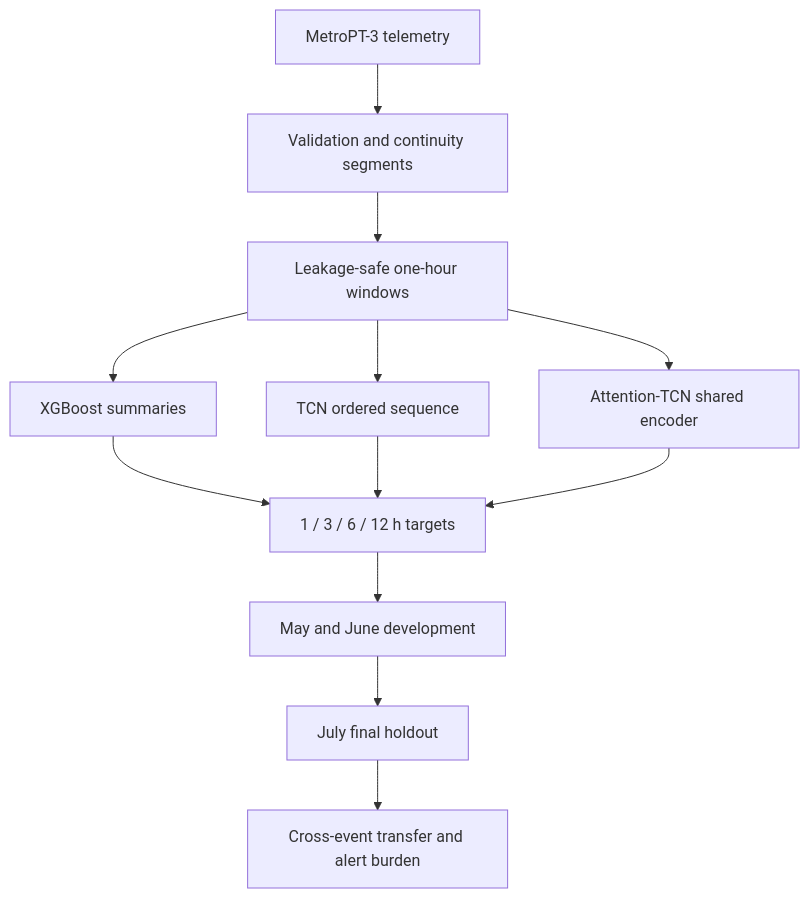
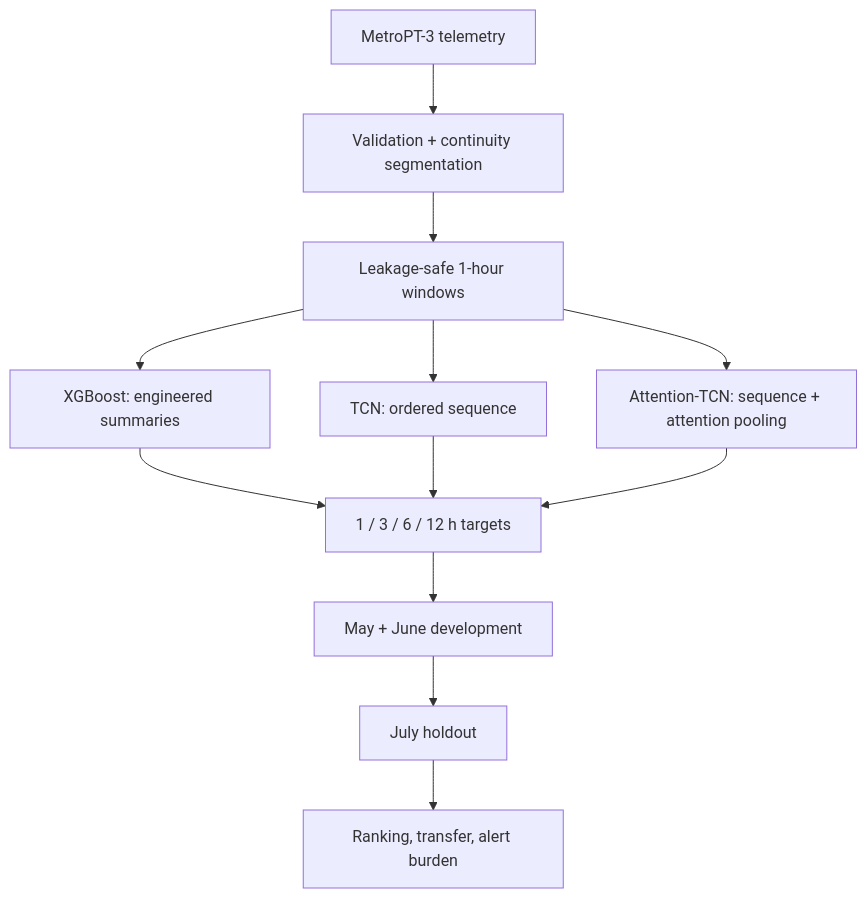
The diagram in README.md (SahilBh01r1769/metropt3-predictive-maintenance), drawn with Mermaid before and after one commit. The commit also changed other lines of this file and 2 other files, not shown here.

````diff
--- a/README.md
+++ b/README.md
@@ -32,14 +33,14 @@
 ```mermaid
 flowchart TD
-    A["MetroPT-3 telemetry"] --> B["Validation and continuity segments"]
-    B --> C["Leakage-safe one-hour windows"]
-    C --> D["XGBoost summaries"]
-    C --> E["TCN ordered sequence"]
-    C --> F["Attention-TCN shared encoder"]
+    A["MetroPT-3 telemetry"] --> B["Validation + continuity segmentation"]
+    B --> C["Leakage-safe 1-hour windows"]
+    C --> D["XGBoost: engineered summaries"]
+    C --> E["TCN: ordered sequence"]
+    C --> F["Attention-TCN: sequence + attention pooling"]
     D --> G["1 / 3 / 6 / 12 h targets"]
     E --> G
     F --> G
-    G --> H["May and June development"]
-    H --> I["July final holdout"]
-    I --> J["Cross-event transfer and alert burden"]
+    G --> H["May + June development"]
+    H --> I["July holdout"]
+    I --> J["Ranking, transfer, alert burden"]
 ```
````
